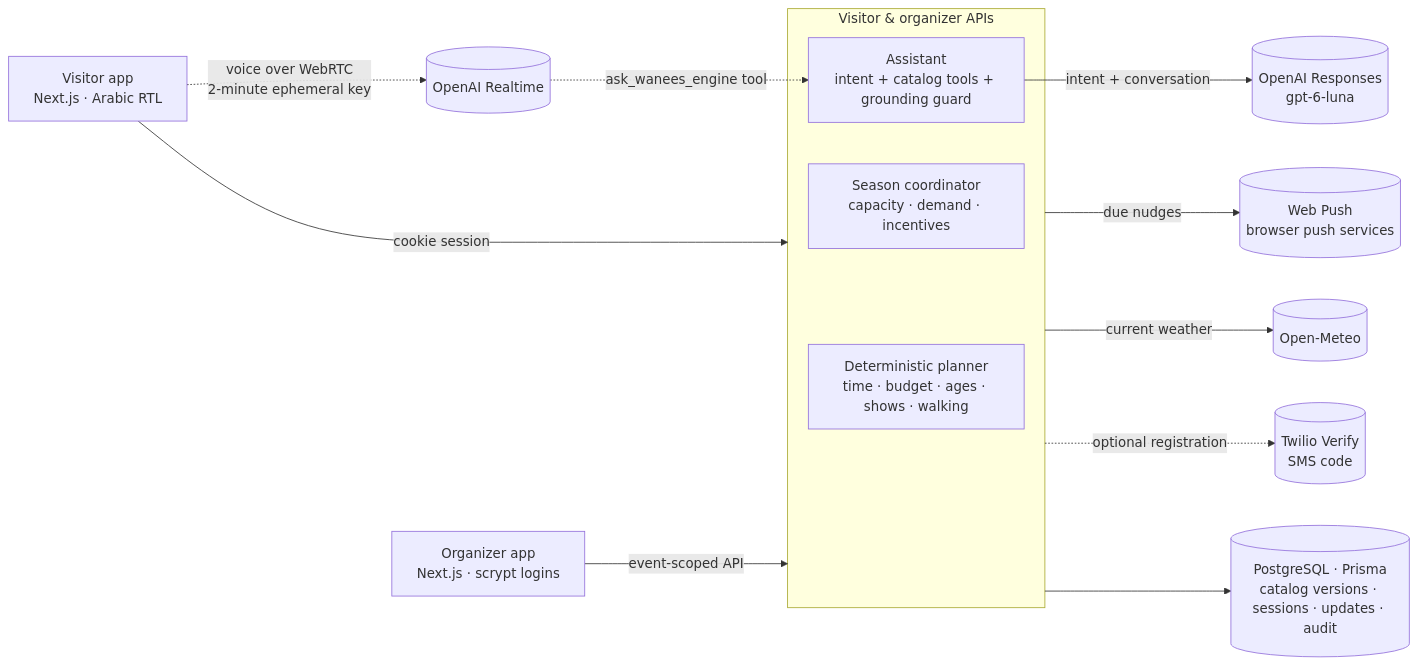
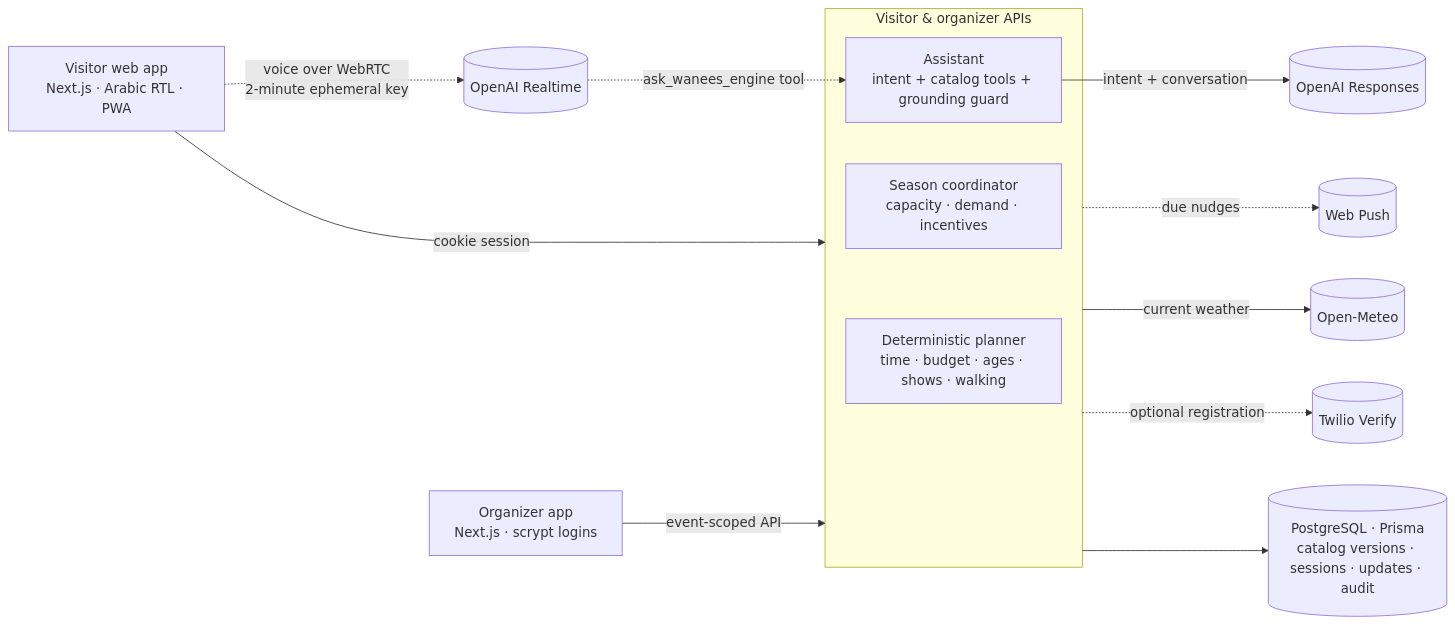
The diagram in README.md (abc7pq/wanees_platform), drawn with Mermaid before and after one commit. The commit also changed other lines of this file and 57 other files, not shown here.

````diff
--- a/README.md
+++ b/README.md
@@ -112,17 +96,17 @@
 ```mermaid
 flowchart LR
-  V[Visitor app<br/>Next.js · Arabic RTL] -->|cookie session| API
+  V[Visitor web app<br/>Next.js · Arabic RTL · PWA] -->|cookie session| API
   O[Organizer app<br/>Next.js · scrypt logins] -->|event-scoped API| API
   subgraph API[Visitor & organizer APIs]
     E[Deterministic planner<br/>time · budget · ages · shows · walking]
     C[Season coordinator<br/>capacity · demand · incentives]
     A[Assistant<br/>intent + catalog tools + grounding guard]
   end
-  A -->|intent + conversation| L[(OpenAI Responses<br/>gpt-6-luna)]
+  A -->|intent + conversation| L[(OpenAI Responses)]
   V -.->|voice over WebRTC<br/>2-minute ephemeral key| R[(OpenAI Realtime)]
   R -.->|ask_wanees_engine tool| A
-  API -->|due nudges| P[(Web Push<br/>browser push services)]
+  API -.->|due nudges| P[(Web Push)]
   API -->|current weather| W[(Open-Meteo)]
-  API -.->|optional registration| S[(Twilio Verify<br/>SMS code)]
+  API -.->|optional registration| S[(Twilio Verify)]
   API --> DB[(PostgreSQL · Prisma<br/>catalog versions · sessions · updates · audit)]
 ```
````
